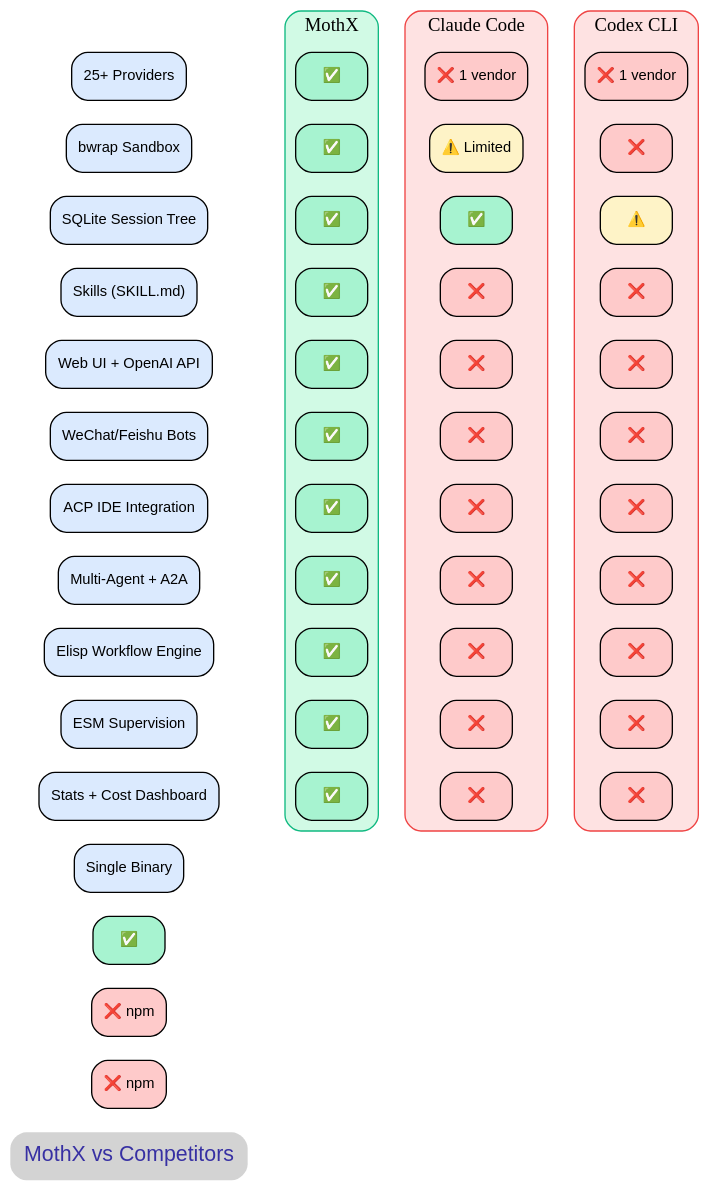
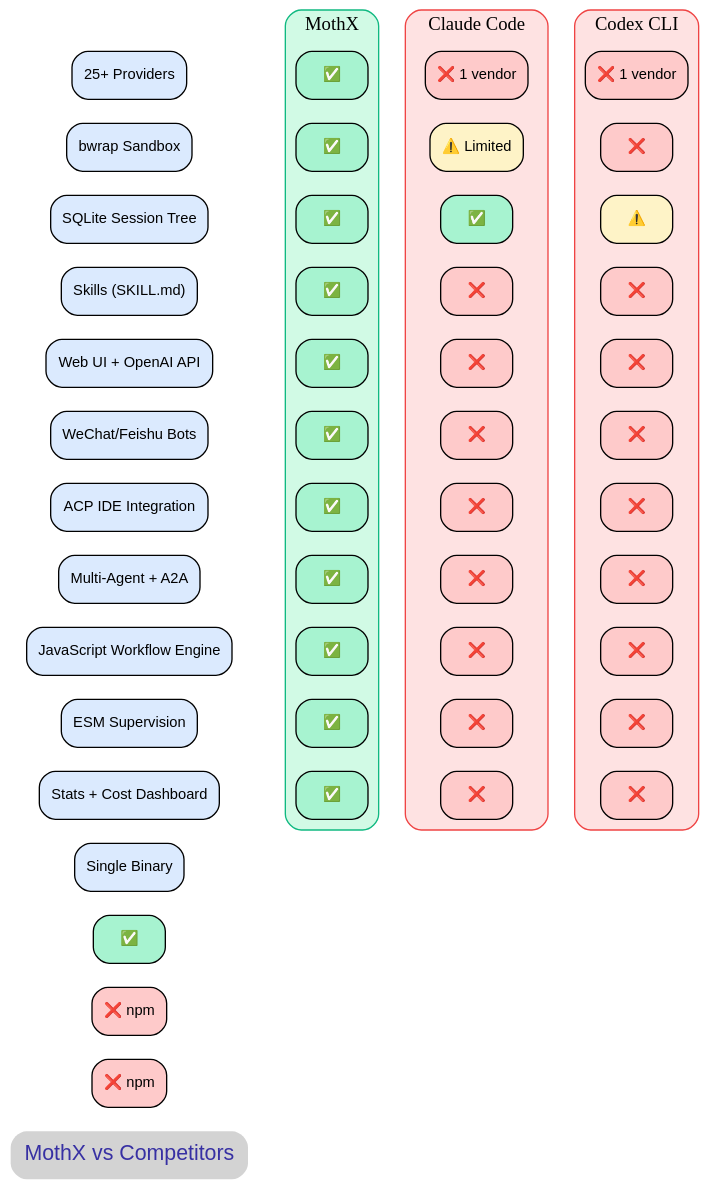
One commit to CodeYHJ/mothx changed the diagram in docs/assets/dot/comparison-en.dot. Above: the diagram before and after it, drawn with Graphviz. The commit also changed 48 other files, not shown here.

First line of the commit message:
refactor(workflow): migrate from Emacs Lisp to JavaScript

```diff
--- a/docs/assets/dot/comparison-en.dot
+++ b/docs/assets/dot/comparison-en.dot
@@ -1,107 +1,107 @@
 digraph FeatureComparison {
     rankdir=LR;
     bgcolor="transparent";
     node [shape=box, style="rounded,filled", fontname="Arial", fontsize=11, margin="0.12,0.06"];
     edge [style=invis];
 
     title [label="MothX vs Competitors", shape=plaintext, fontsize=16, fontcolor="#3730a3"];
 
     subgraph cluster_features {
         label="";
         style=invis;
 
         // Feature rows
         f1 [label="Single Binary", fillcolor="#dbeafe"];
         f2 [label="25+ Providers", fillcolor="#dbeafe"];
         f3 [label="bwrap Sandbox", fillcolor="#dbeafe"];
         f4 [label="SQLite Session Tree", fillcolor="#dbeafe"];
         f5 [label="Skills (SKILL.md)", fillcolor="#dbeafe"];
         f6 [label="Web UI + OpenAI API", fillcolor="#dbeafe"];
         f7 [label="WeChat/Feishu Bots", fillcolor="#dbeafe"];
         f8 [label="ACP IDE Integration", fillcolor="#dbeafe"];
         f9 [label="Multi-Agent + A2A", fillcolor="#dbeafe"];
-        f10 [label="Elisp Workflow Engine", fillcolor="#dbeafe"];
+        f10 [label="JavaScript Workflow Engine", fillcolor="#dbeafe"];
         f11 [label="ESM Supervision", fillcolor="#dbeafe"];
         f12 [label="Stats + Cost Dashboard", fillcolor="#dbeafe"];
     }
 
     // MothX column
     subgraph cluster_mothx {
         label="MothX";
         style="rounded,filled";
         fillcolor="#d1fae5";
         color="#10b981";
         fontsize=14;
         m1 [label="✅", fillcolor="#a7f3d0"];
         m2 [label="✅", fillcolor="#a7f3d0"];
         m3 [label="✅", fillcolor="#a7f3d0"];
         m4 [label="✅", fillcolor="#a7f3d0"];
         m5 [label="✅", fillcolor="#a7f3d0"];
         m6 [label="✅", fillcolor="#a7f3d0"];
         m7 [label="✅", fillcolor="#a7f3d0"];
         m8 [label="✅", fillcolor="#a7f3d0"];
         m9 [label="✅", fillcolor="#a7f3d0"];
         m10 [label="✅", fillcolor="#a7f3d0"];
         m11 [label="✅", fillcolor="#a7f3d0"];
         m12 [label="✅", fillcolor="#a7f3d0"];
     }
 
     // Claude Code column
     subgraph cluster_cc {
         label="Claude Code";
         style="rounded,filled";
         fillcolor="#fee2e2";
         color="#ef4444";
         fontsize=14;
         c1 [label="❌ npm", fillcolor="#fecaca"];
         c2 [label="❌ 1 vendor", fillcolor="#fecaca"];
         c3 [label="⚠️ Limited", fillcolor="#fef3c7"];
         c4 [label="✅", fillcolor="#a7f3d0"];
         c5 [label="❌", fillcolor="#fecaca"];
         c6 [label="❌", fillcolor="#fecaca"];
         c7 [label="❌", fillcolor="#fecaca"];
         c8 [label="❌", fillcolor="#fecaca"];
         c9 [label="❌", fillcolor="#fecaca"];
         c10 [label="❌", fillcolor="#fecaca"];
         c11 [label="❌", fillcolor="#fecaca"];
         c12 [label="❌", fillcolor="#fecaca"];
     }
 
     // Codex column
     subgraph cluster_codex {
         label="Codex CLI";
         style="rounded,filled";
         fillcolor="#fee2e2";
         color="#ef4444";
         fontsize=14;
         x1 [label="❌ npm", fillcolor="#fecaca"];
         x2 [label="❌ 1 vendor", fillcolor="#fecaca"];
         x3 [label="❌", fillcolor="#fecaca"];
         x4 [label="⚠️", fillcolor="#fef3c7"];
         x5 [label="❌", fillcolor="#fecaca"];
         x6 [label="❌", fillcolor="#fecaca"];
         x7 [label="❌", fillcolor="#fecaca"];
         x8 [label="❌", fillcolor="#fecaca"];
         x9 [label="❌", fillcolor="#fecaca"];
         x10 [label="❌", fillcolor="#fecaca"];
         x11 [label="❌", fillcolor="#fecaca"];
         x12 [label="❌", fillcolor="#fecaca"];
     }
 
     // Align rows
     f1 -> m1 -> c1 -> x1;
     f2 -> m2 -> c2 -> x2;
     f3 -> m3 -> c3 -> x3;
     f4 -> m4 -> c4 -> x4;
     f5 -> m5 -> c5 -> x5;
     f6 -> m6 -> c6 -> x6;
     f7 -> m7 -> c7 -> x7;
     f8 -> m8 -> c8 -> x8;
     f9 -> m9 -> c9 -> x9;
     f10 -> m10 -> c10 -> x10;
     f11 -> m11 -> c11 -> x11;
     f12 -> m12 -> c12 -> x12;
 
     {rank=same; title;}
     {rank=same; f1; m1; c1; x1;}
 }
```
